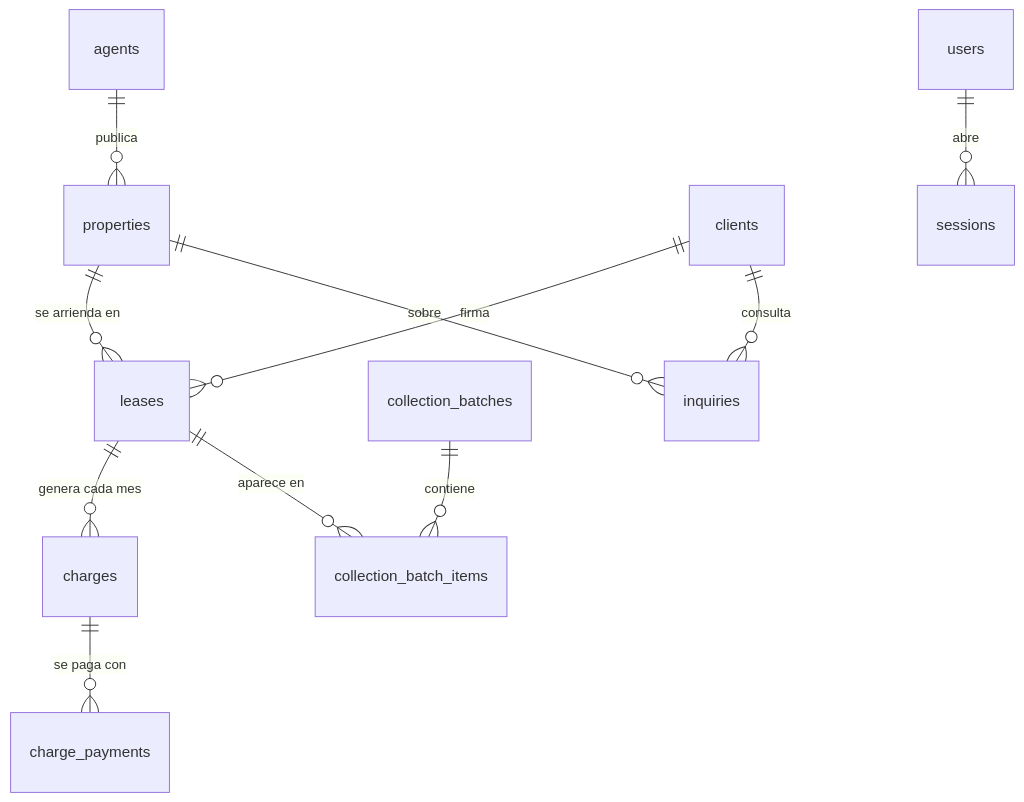
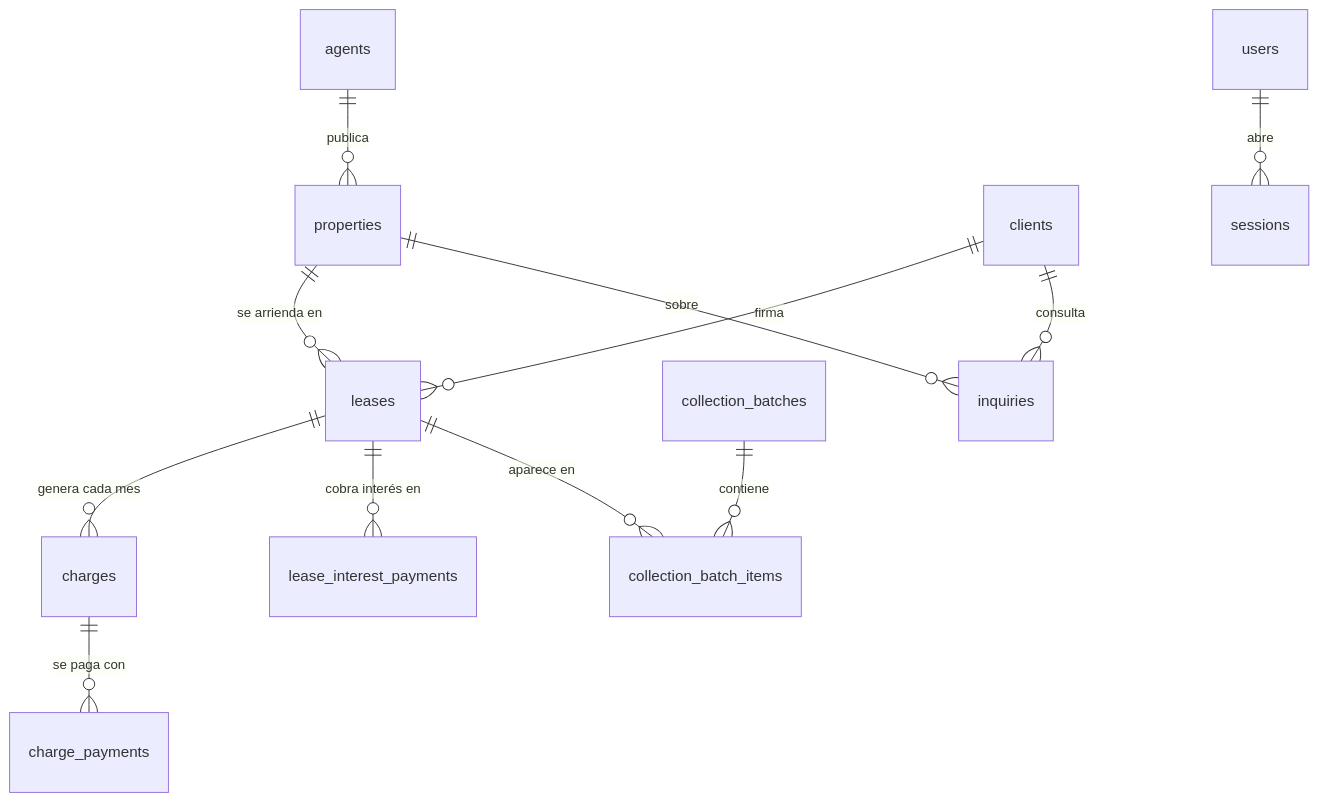
One commit to TechnicalBridge/patrimonioinmuebles changed the second of 2 diagrams in README.md. Above: the diagram before and after it, drawn with Mermaid. The commit also changed other lines of this file and 10 other files, not shown here.

````diff
--- a/README.md
+++ b/README.md
@@ -300,13 +316,14 @@
 ```mermaid
 erDiagram
     properties ||--o{ leases          : "se arrienda en"
     clients    ||--o{ leases          : "firma"
     leases     ||--o{ charges         : "genera cada mes"
+    leases     ||--o{ lease_interest_payments : "cobra interés en"
     charges    ||--o{ charge_payments : "se paga con"
     collection_batches ||--o{ collection_batch_items : "contiene"
     leases     ||--o{ collection_batch_items : "aparece en"
     clients    ||--o{ inquiries       : "consulta"
     properties ||--o{ inquiries       : "sobre"
     agents     ||--o{ properties      : "publica"
     users      ||--o{ sessions        : "abre"
 ```
````
